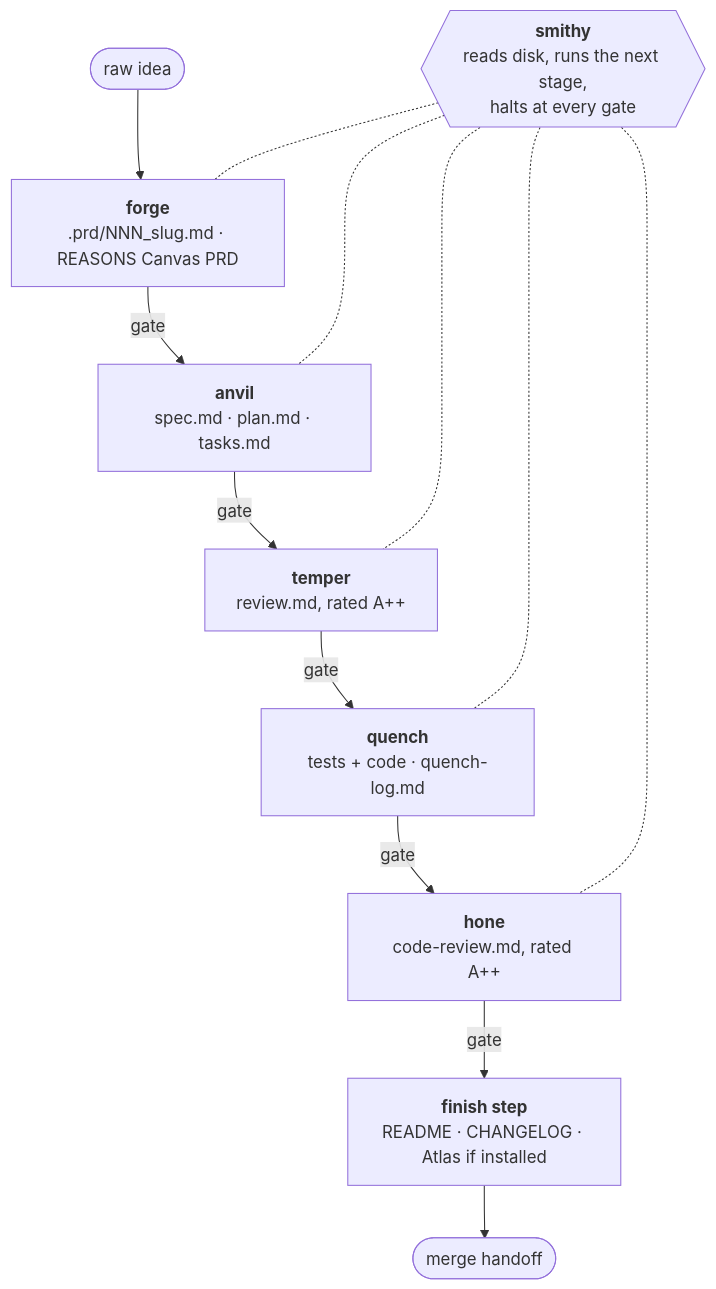
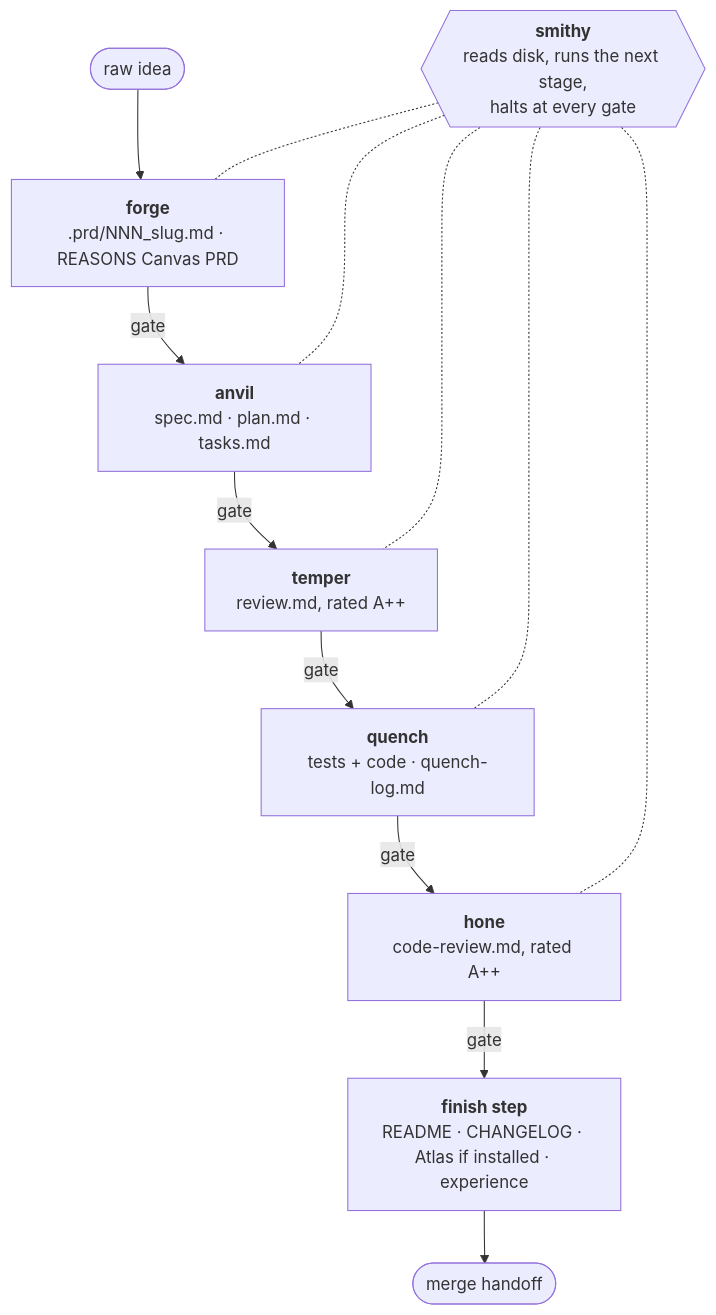
One commit to forkrul/damascus_development changed the first of 7 diagrams in docs/architecture.md. Above: the diagram before and after it, drawn with Mermaid. The commit also changed 15 other files, not shown here.

````diff
--- a/docs/architecture.md
+++ b/docs/architecture.md
@@ -14,11 +14,11 @@
 ```mermaid
 flowchart TD
     idea([raw idea]) --> forge["<b>forge</b><br/>.prd/NNN_slug.md · REASONS Canvas PRD"]
     forge -- gate --> anvil["<b>anvil</b><br/>spec.md · plan.md · tasks.md"]
     anvil -- gate --> temper["<b>temper</b><br/>review.md, rated A++"]
     temper -- gate --> quench["<b>quench</b><br/>tests + code · quench-log.md"]
     quench -- gate --> hone["<b>hone</b><br/>code-review.md, rated A++"]
-    hone -- gate --> finish["<b>finish step</b><br/>README · CHANGELOG · Atlas if installed"]
+    hone -- gate --> finish["<b>finish step</b><br/>README · CHANGELOG · Atlas if installed · experience"]
     finish --> merge([merge handoff])
     smithy{{"<b>smithy</b><br/>reads disk, runs the next stage,<br/>halts at every gate"}} -.- forge & anvil & temper & quench & hone
 ```
````
